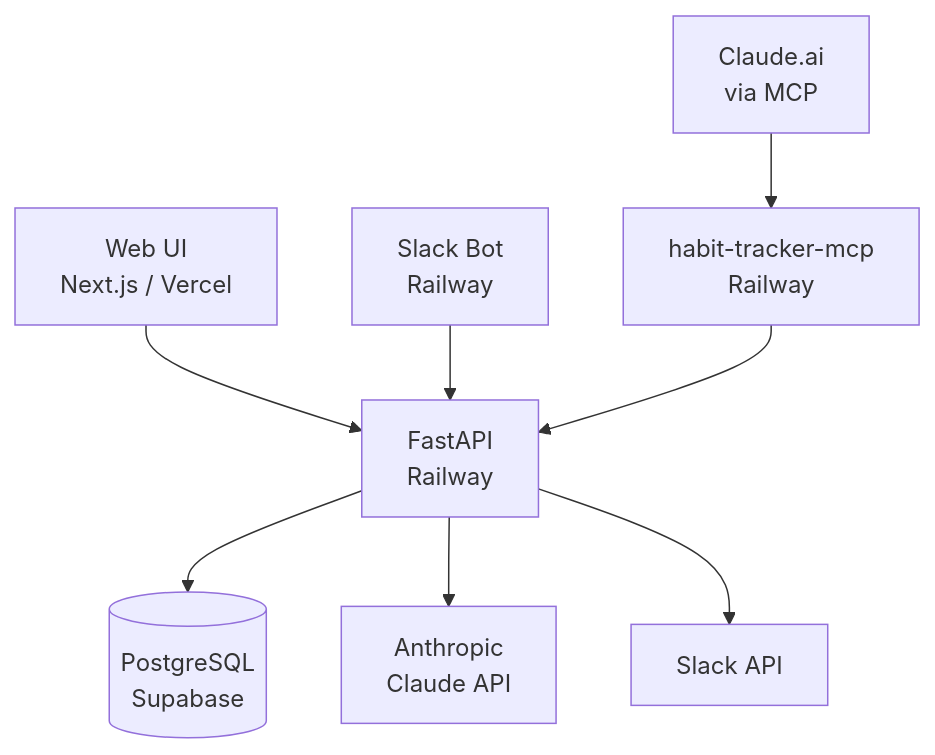
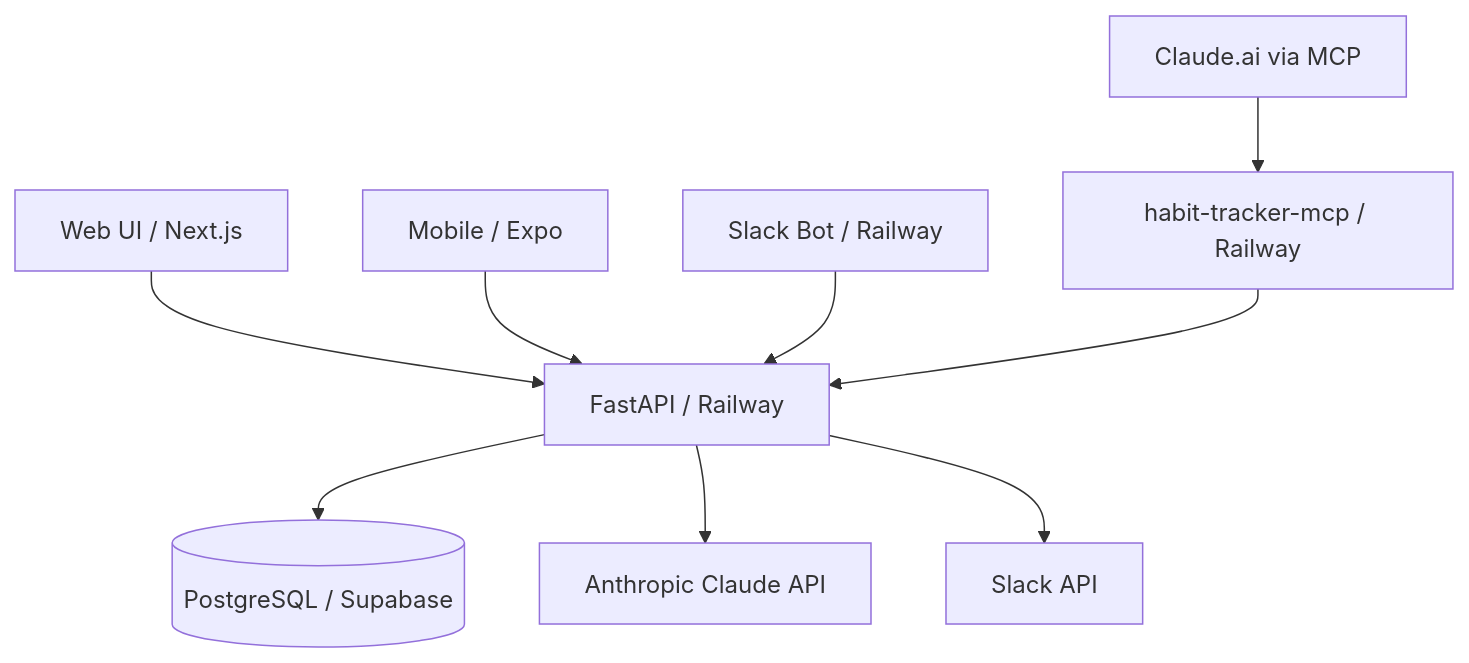
Before and after one commit to Ryosuke-Ha/habit-tracker: the first of 2 diagrams in README.md, drawn with Mermaid. The commit also changed other lines of this file, not shown here.

````diff
--- a/README.md
+++ b/README.md
@@ -201,10 +207,11 @@
 ```mermaid
 graph TD
-    A[Web UI<br/>Next.js / Vercel] --> D[FastAPI<br/>Railway]
-    B[Slack Bot<br/>Railway] --> D
-    C[Claude.ai<br/>via MCP] --> E[habit-tracker-mcp<br/>Railway]
-    E --> D
-    D --> F[(PostgreSQL<br/>Supabase)]
-    D --> G[Anthropic<br/>Claude API]
-    D --> H[Slack API]
+    A[Web UI / Next.js] --> D[FastAPI / Railway]
+    B[Mobile / Expo] --> D
+    C[Slack Bot / Railway] --> D
+    E[Claude.ai via MCP] --> F[habit-tracker-mcp / Railway]
+    F --> D
+    D --> G[(PostgreSQL / Supabase)]
+    D --> H[Anthropic Claude API]
+    D --> I[Slack API]
 ```
````
